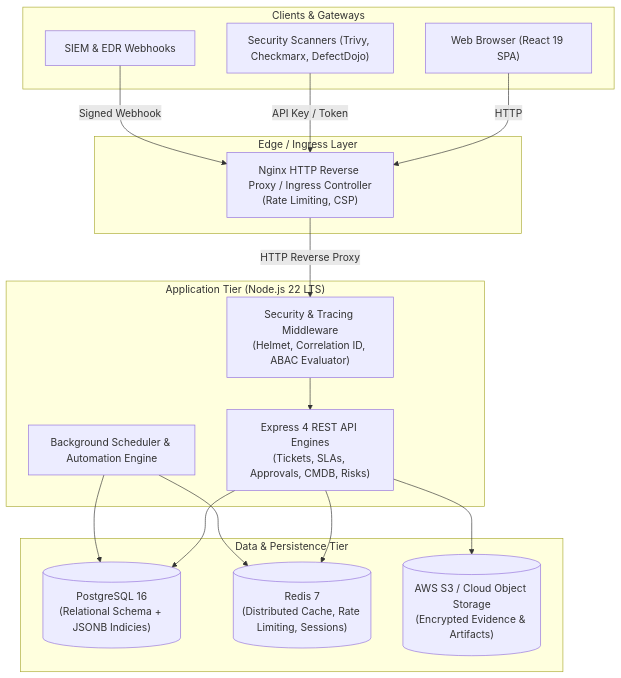
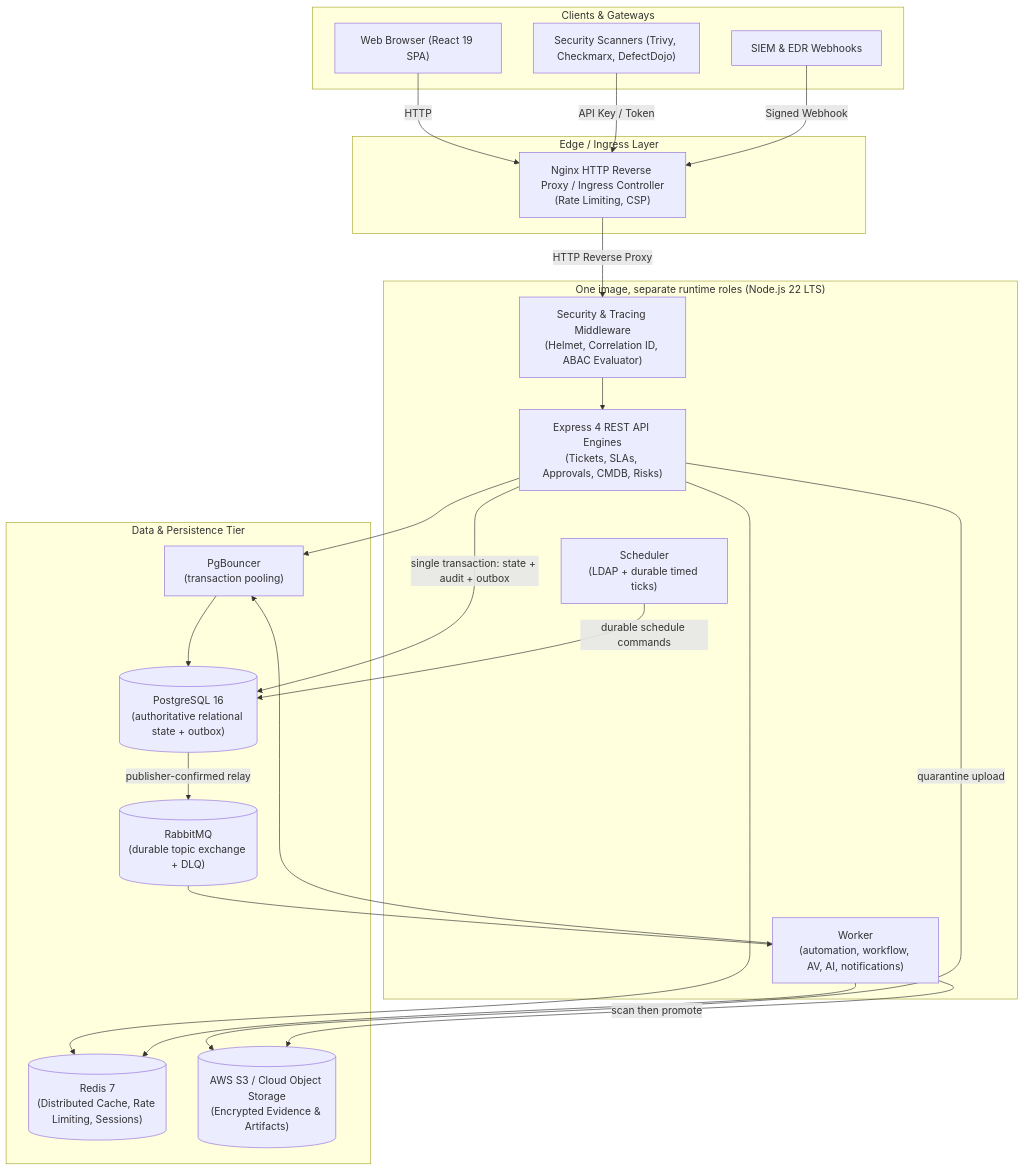
Before and after one commit to unsalgasimli/bank-infosec-platform: the diagram in docs/ARCHITECTURE.md, drawn with Mermaid. The commit also changed other lines of this file and 49 other files, not shown here.

````diff
--- a/docs/ARCHITECTURE.md
+++ b/docs/ARCHITECTURE.md
@@ -6,36 +6,44 @@
 ```mermaid
 flowchart TD
     subgraph Clients["Clients & Gateways"]
         Browser["Web Browser (React 19 SPA)"]
         Scanner["Security Scanners (Trivy, Checkmarx, DefectDojo)"]
         SIEM["SIEM & EDR Webhooks"]
     end
 
     subgraph Edge["Edge / Ingress Layer"]
         Nginx["Nginx HTTP Reverse Proxy / Ingress Controller\n(Rate Limiting, CSP)"]
     end
 
-    subgraph App["Application Tier (Node.js 22 LTS)"]
+    subgraph Runtime["One image, separate runtime roles (Node.js 22 LTS)"]
         SecMiddleware["Security & Tracing Middleware\n(Helmet, Correlation ID, ABAC Evaluator)"]
         API["Express 4 REST API Engines\n(Tickets, SLAs, Approvals, CMDB, Risks)"]
-        Workers["Background Scheduler & Automation Engine"]
+        Worker["Worker\n(automation, workflow, AV, AI, notifications)"]
+        Scheduler["Scheduler\n(LDAP + durable timed ticks)"]
     end
 
     subgraph DataTier["Data & Persistence Tier"]
-        PG[("PostgreSQL 16\n(Relational Schema + JSONB Indicies)")]
+        Pool["PgBouncer\n(transaction pooling)"]
+        PG[("PostgreSQL 16\n(authoritative relational state + outbox)")]
         Redis[("Redis 7\n(Distributed Cache, Rate Limiting, Sessions)")]
         S3[("AWS S3 / Cloud Object Storage\n(Encrypted Evidence & Artifacts)")]
+        Rabbit[("RabbitMQ\n(durable topic exchange + DLQ)")]
     end
 
     Browser -->|HTTP| Nginx
     Scanner -->|API Key / Token| Nginx
     SIEM -->|Signed Webhook| Nginx
 
     Nginx -->|HTTP Reverse Proxy| SecMiddleware
     SecMiddleware --> API
-    API --> PG
+    API --> Pool --> PG
     API --> Redis
-    API --> S3
-    Workers --> PG
-    Workers --> Redis
+    API -->|quarantine upload| S3
+    API -->|single transaction: state + audit + outbox| PG
+    PG -->|publisher-confirmed relay| Rabbit
+    Scheduler -->|durable schedule commands| PG
+    Rabbit --> Worker
+    Worker --> Pool
+    Worker -->|scan then promote| S3
+    Worker --> Redis
 ```
````
